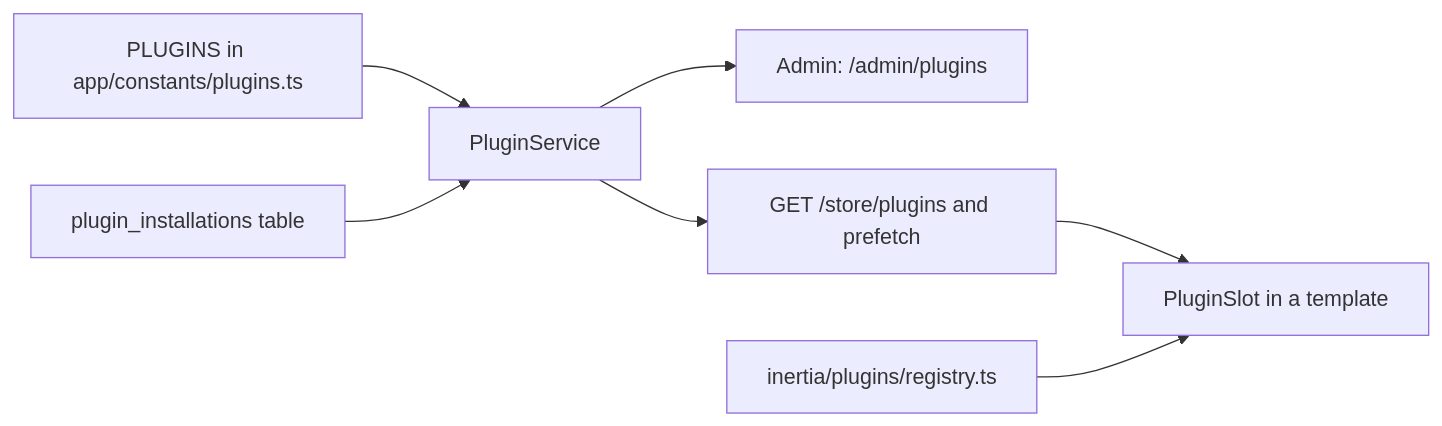
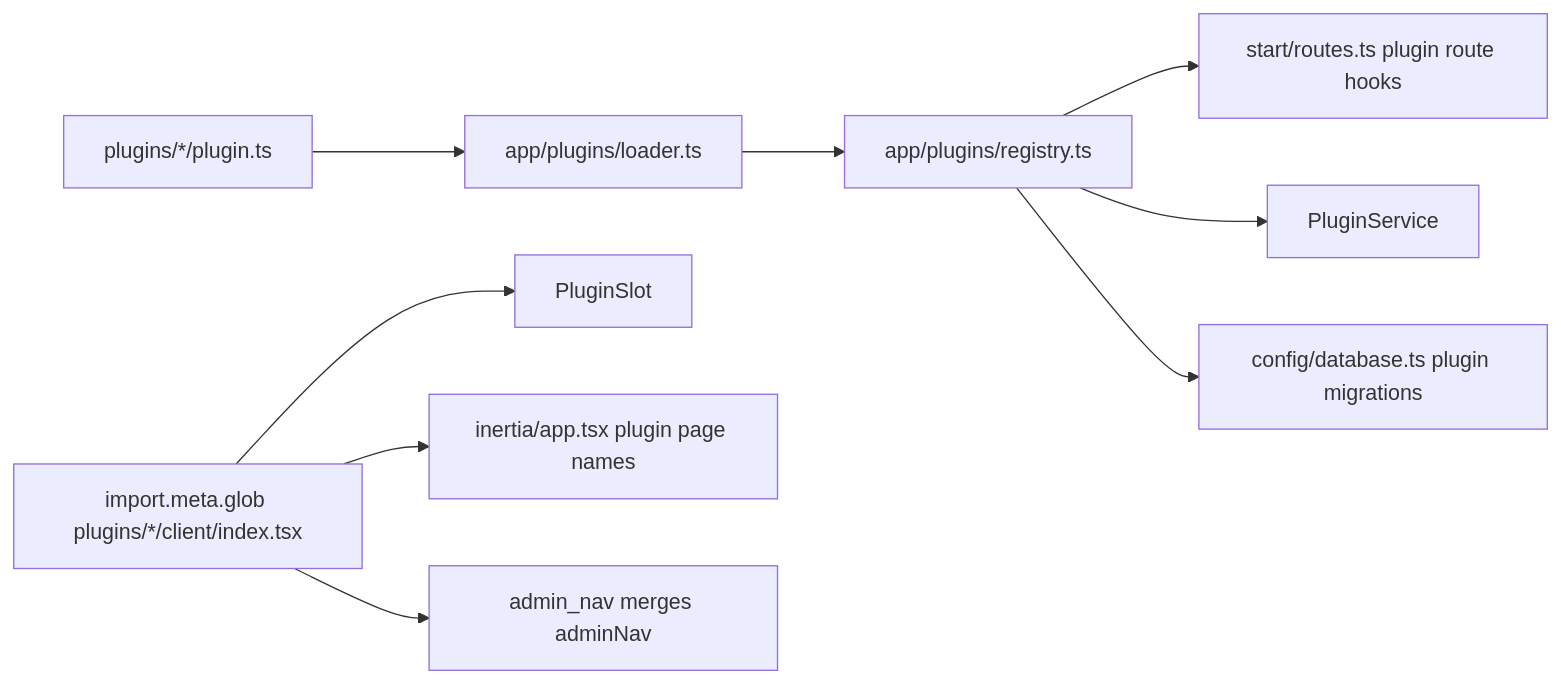
The diagram in docs/creating-a-plugin.md (getakinai/Akinai), drawn with Mermaid before and after one commit. The commit also changed other lines of this file and 94 other files, not shown here.

````diff
--- a/docs/creating-a-plugin.md
+++ b/docs/creating-a-plugin.md
@@ -24,9 +50,11 @@
 ```mermaid
 flowchart LR
-  Manifest["PLUGINS in app/constants/plugins.ts"] --> PluginService
-  InstallTable["plugin_installations table"] --> PluginService
-  PluginService --> Marketplace["Admin: /admin/plugins"]
-  PluginService --> StorePlugins["GET /store/plugins and prefetch"]
-  StorePlugins --> PluginSlot["PluginSlot in a template"]
-  ClientRegistry["inertia/plugins/registry.ts"] --> PluginSlot
+  Folder["plugins/*/plugin.ts"] --> Loader["app/plugins/loader.ts"]
+  Loader --> Registry["app/plugins/registry.ts"]
+  Registry --> Routes["start/routes.ts plugin route hooks"]
+  Registry --> PluginService
+  Registry --> DbConfig["config/database.ts plugin migrations"]
+  ClientGlob["import.meta.glob plugins/*/client/index.tsx"] --> PluginSlot
+  ClientGlob --> AppResolver["inertia/app.tsx plugin page names"]
+  ClientGlob --> AdminNav["admin_nav merges adminNav"]
 ```
````
